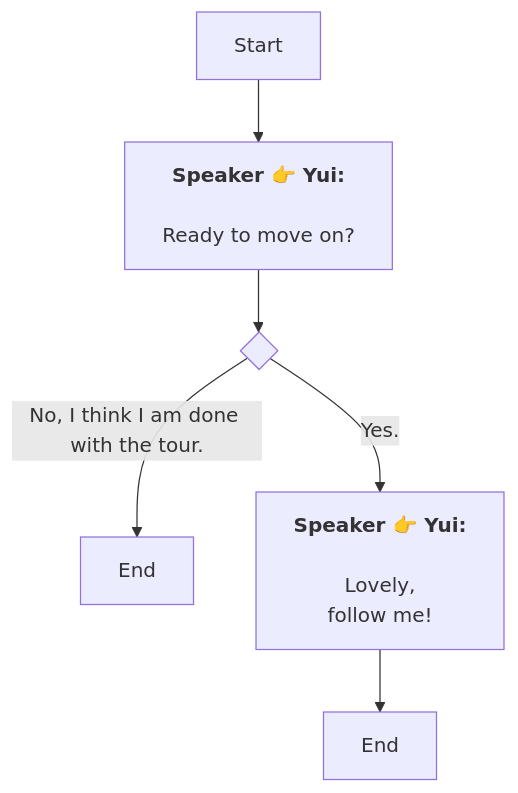
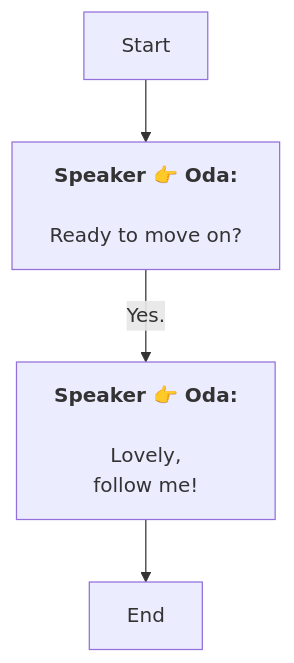
One commit to SoftHu/tos_avg changed the diagram in En/QuestTalkObjectiveNode_1772253301929124.md. Above: the diagram before and after it, drawn with Mermaid. The commit also changed 737 other files, not shown here.

````diff
--- a/En/QuestTalkObjectiveNode_1772253301929124.md
+++ b/En/QuestTalkObjectiveNode_1772253301929124.md
@@ -1,14 +1,10 @@
 ```mermaid
 graph
-Start -->1772253432215720[<b>Speaker 👉 Yui:</b>
-
-Ready to move on?]
-1772253432215720 -->1772253437340842{ }
-1772253437340842 -->|No, I think I am done with the tour.|1772253809947829[End]
-1772253437340842 -->|Yes.|1772253854676150[<b>Speaker 👉 Yui:</b>
-
-Lovely, 
+Start -->1772253432215720[<b>Speaker 👉 Oda:</b>
+\nReady to move on?]
+1772253432215720 -->|Yes.|1772253854676150[<b>Speaker 👉 Oda:</b>
+\nLovely, 
 follow me!]
 1772253854676150 -->1772253434300585[End]
 
- ```
+```
````
